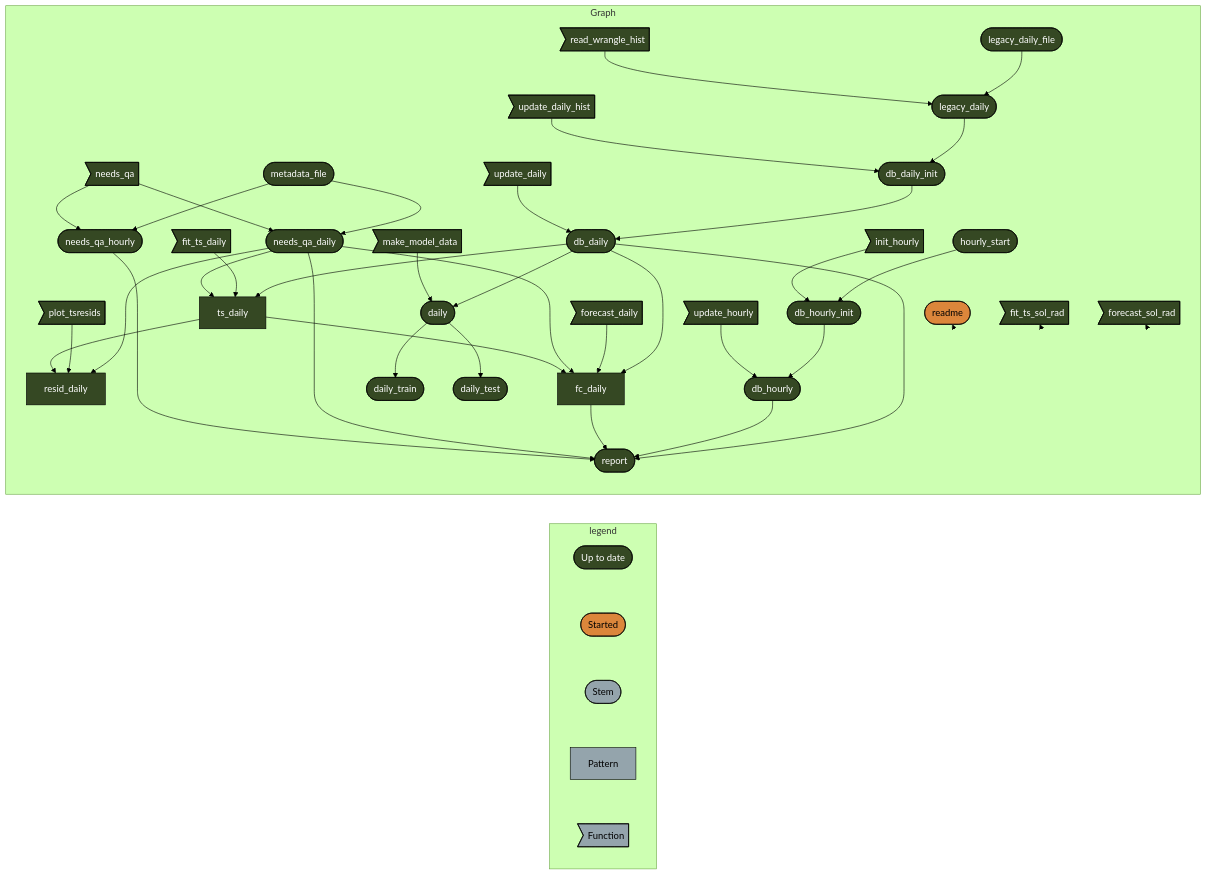
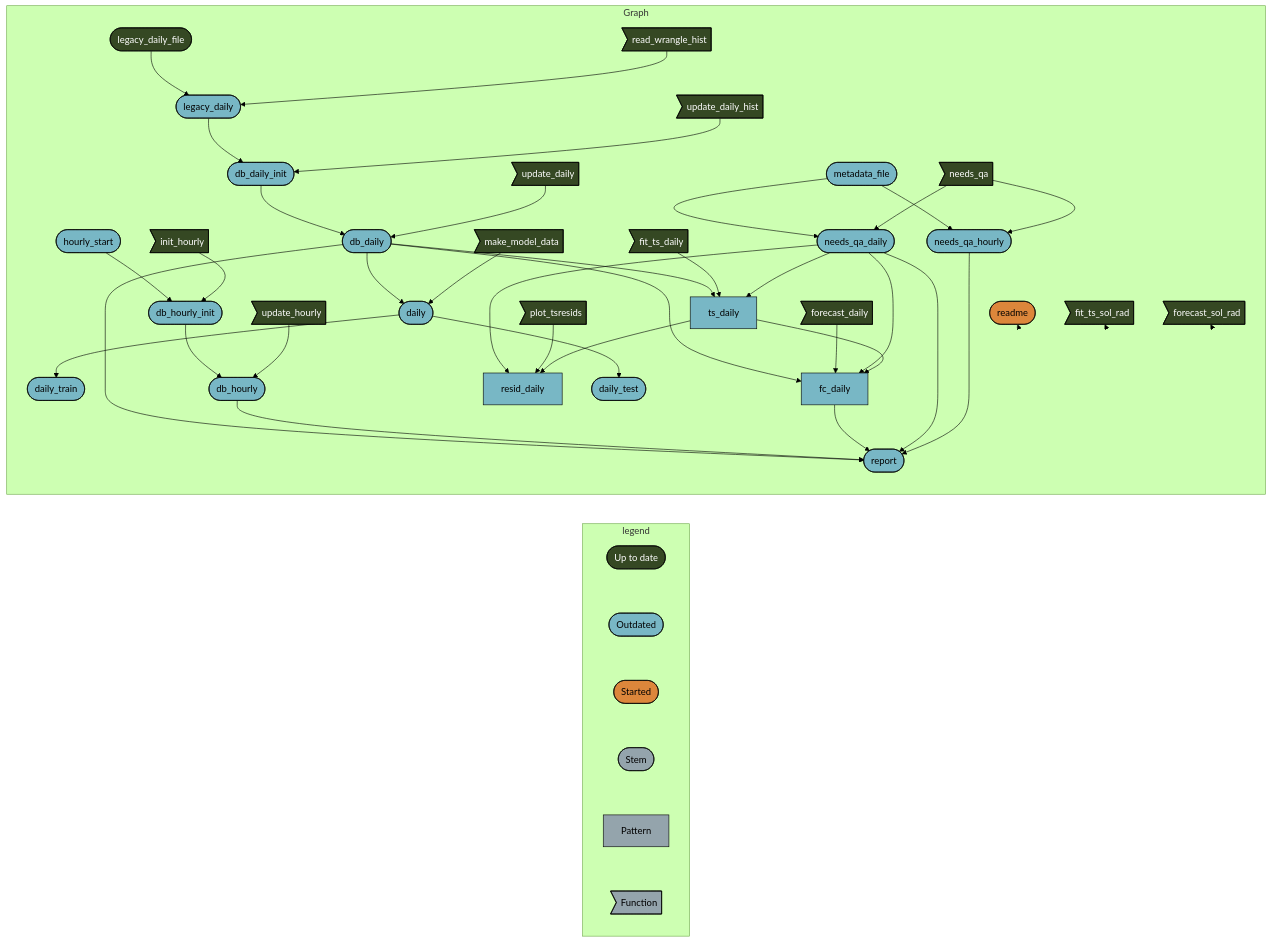
One commit to uace-azmet/azmet-forecast-qa changed the diagram in README.md. Above: the diagram before and after it, drawn with Mermaid (forest theme).

Commit message:
re-render readme

````diff
--- a/README.md
+++ b/README.md
@@ -31,57 +31,60 @@
 ``` mermaid
 graph LR
   subgraph legend
-    x7420bd9270f8d27d([""Up to date""]):::uptodate --- x5b3426b4c7fa7dbc([""Started""]):::started
+    x7420bd9270f8d27d([""Up to date""]):::uptodate --- x0a52b03877696646([""Outdated""]):::outdated
+    x0a52b03877696646([""Outdated""]):::outdated --- x5b3426b4c7fa7dbc([""Started""]):::started
     x5b3426b4c7fa7dbc([""Started""]):::started --- xbf4603d6c2c2ad6b([""Stem""]):::none
     xbf4603d6c2c2ad6b([""Stem""]):::none --- x70a5fa6bea6f298d[""Pattern""]:::none
     x70a5fa6bea6f298d[""Pattern""]:::none --- xf0bce276fe2b9d3e>""Function""]:::none
   end
   subgraph Graph
-    x44bd6feeb3fb18b4(["db_daily"]):::uptodate --> x8ce8b31c737a2473["ts_daily"]:::uptodate
-    x4db87fff7f74933b>"fit_ts_daily"]:::uptodate --> x8ce8b31c737a2473["ts_daily"]:::uptodate
-    xdfae9ea4e5207cef(["needs_qa_daily"]):::uptodate --> x8ce8b31c737a2473["ts_daily"]:::uptodate
-    x1920bdb737e11d2e(["legacy_daily_file"]):::uptodate --> xff9b736edef41c8b(["legacy_daily"]):::uptodate
-    x842666df821db265>"read_wrangle_hist"]:::uptodate --> xff9b736edef41c8b(["legacy_daily"]):::uptodate
-    xdfae9ea4e5207cef(["needs_qa_daily"]):::uptodate --> x0bb4ecca77d3d4a0["resid_daily"]:::uptodate
-    x10e889bcd8b0fd60>"plot_tsresids"]:::uptodate --> x0bb4ecca77d3d4a0["resid_daily"]:::uptodate
-    x8ce8b31c737a2473["ts_daily"]:::uptodate --> x0bb4ecca77d3d4a0["resid_daily"]:::uptodate
-    x1cab041545db0886(["db_daily_init"]):::uptodate --> x44bd6feeb3fb18b4(["db_daily"]):::uptodate
-    xed180ed90a78526a>"update_daily"]:::uptodate --> x44bd6feeb3fb18b4(["db_daily"]):::uptodate
-    x3d7b2a2ab5636113(["metadata_file"]):::uptodate --> xac2ac35653724b54(["needs_qa_hourly"]):::uptodate
-    x06ab7116eed66f15>"needs_qa"]:::uptodate --> xac2ac35653724b54(["needs_qa_hourly"]):::uptodate
-    xba07353683c5dbf8(["db_hourly_init"]):::uptodate --> xf4a7af7aeef4f182(["db_hourly"]):::uptodate
-    x967af66f8b51e317>"update_hourly"]:::uptodate --> xf4a7af7aeef4f182(["db_hourly"]):::uptodate
-    x44bd6feeb3fb18b4(["db_daily"]):::uptodate --> x6233d5fdb54d5242(["daily"]):::uptodate
-    x5618af51994d1c2d>"make_model_data"]:::uptodate --> x6233d5fdb54d5242(["daily"]):::uptodate
-    x44bd6feeb3fb18b4(["db_daily"]):::uptodate --> xdd96ec4b0bb5ab6b["fc_daily"]:::uptodate
-    x4bc7352f98499683>"forecast_daily"]:::uptodate --> xdd96ec4b0bb5ab6b["fc_daily"]:::uptodate
-    xdfae9ea4e5207cef(["needs_qa_daily"]):::uptodate --> xdd96ec4b0bb5ab6b["fc_daily"]:::uptodate
-    x8ce8b31c737a2473["ts_daily"]:::uptodate --> xdd96ec4b0bb5ab6b["fc_daily"]:::uptodate
-    xd1a6dd314cda4831(["hourly_start"]):::uptodate --> xba07353683c5dbf8(["db_hourly_init"]):::uptodate
-    x7a5743c959c496f9>"init_hourly"]:::uptodate --> xba07353683c5dbf8(["db_hourly_init"]):::uptodate
-    x6233d5fdb54d5242(["daily"]):::uptodate --> x9a0acd6e842eb2f0(["daily_train"]):::uptodate
-    x3d7b2a2ab5636113(["metadata_file"]):::uptodate --> xdfae9ea4e5207cef(["needs_qa_daily"]):::uptodate
-    x06ab7116eed66f15>"needs_qa"]:::uptodate --> xdfae9ea4e5207cef(["needs_qa_daily"]):::uptodate
-    x44bd6feeb3fb18b4(["db_daily"]):::uptodate --> xe0fba61fbc506510(["report"]):::uptodate
-    xf4a7af7aeef4f182(["db_hourly"]):::uptodate --> xe0fba61fbc506510(["report"]):::uptodate
-    xdd96ec4b0bb5ab6b["fc_daily"]:::uptodate --> xe0fba61fbc506510(["report"]):::uptodate
-    xdfae9ea4e5207cef(["needs_qa_daily"]):::uptodate --> xe0fba61fbc506510(["report"]):::uptodate
-    xac2ac35653724b54(["needs_qa_hourly"]):::uptodate --> xe0fba61fbc506510(["report"]):::uptodate
-    x6233d5fdb54d5242(["daily"]):::uptodate --> x7b318303b239462b(["daily_test"]):::uptodate
-    xff9b736edef41c8b(["legacy_daily"]):::uptodate --> x1cab041545db0886(["db_daily_init"]):::uptodate
-    x8b3096a190996662>"update_daily_hist"]:::uptodate --> x1cab041545db0886(["db_daily_init"]):::uptodate
+    x6233d5fdb54d5242(["daily"]):::outdated --> x9a0acd6e842eb2f0(["daily_train"]):::outdated
+    xff9b736edef41c8b(["legacy_daily"]):::outdated --> x1cab041545db0886(["db_daily_init"]):::outdated
+    x8b3096a190996662>"update_daily_hist"]:::uptodate --> x1cab041545db0886(["db_daily_init"]):::outdated
+    x44bd6feeb3fb18b4(["db_daily"]):::outdated --> xe0fba61fbc506510(["report"]):::outdated
+    xf4a7af7aeef4f182(["db_hourly"]):::outdated --> xe0fba61fbc506510(["report"]):::outdated
+    xdd96ec4b0bb5ab6b["fc_daily"]:::outdated --> xe0fba61fbc506510(["report"]):::outdated
+    xdfae9ea4e5207cef(["needs_qa_daily"]):::outdated --> xe0fba61fbc506510(["report"]):::outdated
+    xac2ac35653724b54(["needs_qa_hourly"]):::outdated --> xe0fba61fbc506510(["report"]):::outdated
+    x44bd6feeb3fb18b4(["db_daily"]):::outdated --> x6233d5fdb54d5242(["daily"]):::outdated
+    x5618af51994d1c2d>"make_model_data"]:::uptodate --> x6233d5fdb54d5242(["daily"]):::outdated
+    x44bd6feeb3fb18b4(["db_daily"]):::outdated --> xdd96ec4b0bb5ab6b["fc_daily"]:::outdated
+    x4bc7352f98499683>"forecast_daily"]:::uptodate --> xdd96ec4b0bb5ab6b["fc_daily"]:::outdated
+    xdfae9ea4e5207cef(["needs_qa_daily"]):::outdated --> xdd96ec4b0bb5ab6b["fc_daily"]:::outdated
+    x8ce8b31c737a2473["ts_daily"]:::outdated --> xdd96ec4b0bb5ab6b["fc_daily"]:::outdated
+    xd1a6dd314cda4831(["hourly_start"]):::outdated --> xba07353683c5dbf8(["db_hourly_init"]):::outdated
+    x7a5743c959c496f9>"init_hourly"]:::uptodate --> xba07353683c5dbf8(["db_hourly_init"]):::outdated
+    x1cab041545db0886(["db_daily_init"]):::outdated --> x44bd6feeb3fb18b4(["db_daily"]):::outdated
+    xed180ed90a78526a>"update_daily"]:::uptodate --> x44bd6feeb3fb18b4(["db_daily"]):::outdated
+    x1920bdb737e11d2e(["legacy_daily_file"]):::uptodate --> xff9b736edef41c8b(["legacy_daily"]):::outdated
+    x842666df821db265>"read_wrangle_hist"]:::uptodate --> xff9b736edef41c8b(["legacy_daily"]):::outdated
+    xdfae9ea4e5207cef(["needs_qa_daily"]):::outdated --> x0bb4ecca77d3d4a0["resid_daily"]:::outdated
+    x10e889bcd8b0fd60>"plot_tsresids"]:::uptodate --> x0bb4ecca77d3d4a0["resid_daily"]:::outdated
+    x8ce8b31c737a2473["ts_daily"]:::outdated --> x0bb4ecca77d3d4a0["resid_daily"]:::outdated
+    x44bd6feeb3fb18b4(["db_daily"]):::outdated --> x8ce8b31c737a2473["ts_daily"]:::outdated
+    x4db87fff7f74933b>"fit_ts_daily"]:::uptodate --> x8ce8b31c737a2473["ts_daily"]:::outdated
+    xdfae9ea4e5207cef(["needs_qa_daily"]):::outdated --> x8ce8b31c737a2473["ts_daily"]:::outdated
+    x3d7b2a2ab5636113(["metadata_file"]):::outdated --> xdfae9ea4e5207cef(["needs_qa_daily"]):::outdated
+    x06ab7116eed66f15>"needs_qa"]:::uptodate --> xdfae9ea4e5207cef(["needs_qa_daily"]):::outdated
+    xba07353683c5dbf8(["db_hourly_init"]):::outdated --> xf4a7af7aeef4f182(["db_hourly"]):::outdated
+    x967af66f8b51e317>"update_hourly"]:::uptodate --> xf4a7af7aeef4f182(["db_hourly"]):::outdated
+    x3d7b2a2ab5636113(["metadata_file"]):::outdated --> xac2ac35653724b54(["needs_qa_hourly"]):::outdated
+    x06ab7116eed66f15>"needs_qa"]:::uptodate --> xac2ac35653724b54(["needs_qa_hourly"]):::outdated
+    x6233d5fdb54d5242(["daily"]):::outdated --> x7b318303b239462b(["daily_test"]):::outdated
     x6e52cb0f1668cc22(["readme"]):::started --> x6e52cb0f1668cc22(["readme"]):::started
     xcc4a333b0a3d9708>"fit_ts_sol_rad"]:::uptodate --> xcc4a333b0a3d9708>"fit_ts_sol_rad"]:::uptodate
     x9b63e5b64de3fce2>"forecast_sol_rad"]:::uptodate --> x9b63e5b64de3fce2>"forecast_sol_rad"]:::uptodate
   end
   classDef uptodate stroke:#000000,color:#ffffff,fill:#354823;
+  classDef outdated stroke:#000000,color:#000000,fill:#78B7C5;
   classDef started stroke:#000000,color:#000000,fill:#DC863B;
   classDef none stroke:#000000,color:#000000,fill:#94a4ac;
   linkStyle 0 stroke-width:0px;
   linkStyle 1 stroke-width:0px;
   linkStyle 2 stroke-width:0px;
   linkStyle 3 stroke-width:0px;
-  linkStyle 37 stroke-width:0px;
+  linkStyle 4 stroke-width:0px;
   linkStyle 38 stroke-width:0px;
   linkStyle 39 stroke-width:0px;
+  linkStyle 40 stroke-width:0px;
 ```
````
